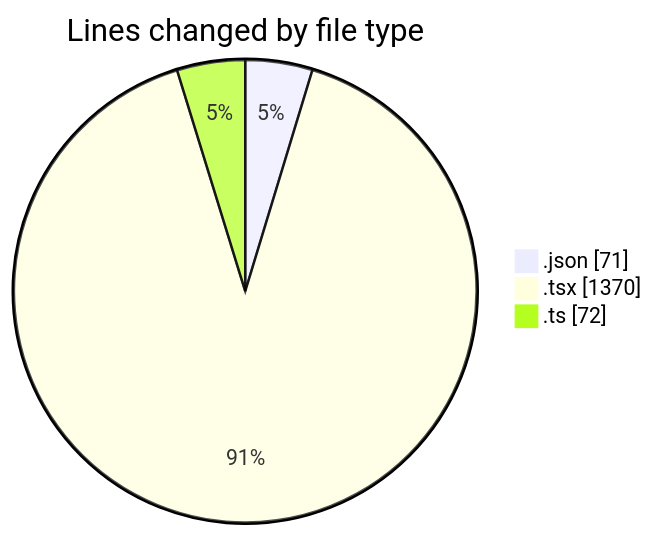
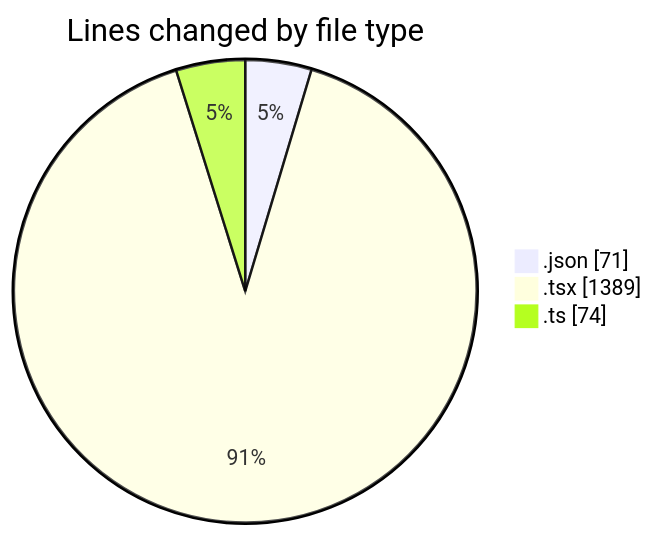
One commit to momahboobian/code-tracking changed the first of 2 diagrams in 2026-01-29/cda/README.md. Above: the diagram before and after it, drawn with Mermaid. The commit also changed other lines of this file and 1 other file, not shown here.

````diff
--- a/2026-01-29/cda/README.md
+++ b/2026-01-29/cda/README.md
@@ -22,7 +22,7 @@
 ```mermaid
 pie showData
 title Lines changed by file type
 ".json" : 71
-".tsx" : 1370
-".ts" : 72
+".tsx" : 1389
+".ts" : 74
 ```
````
